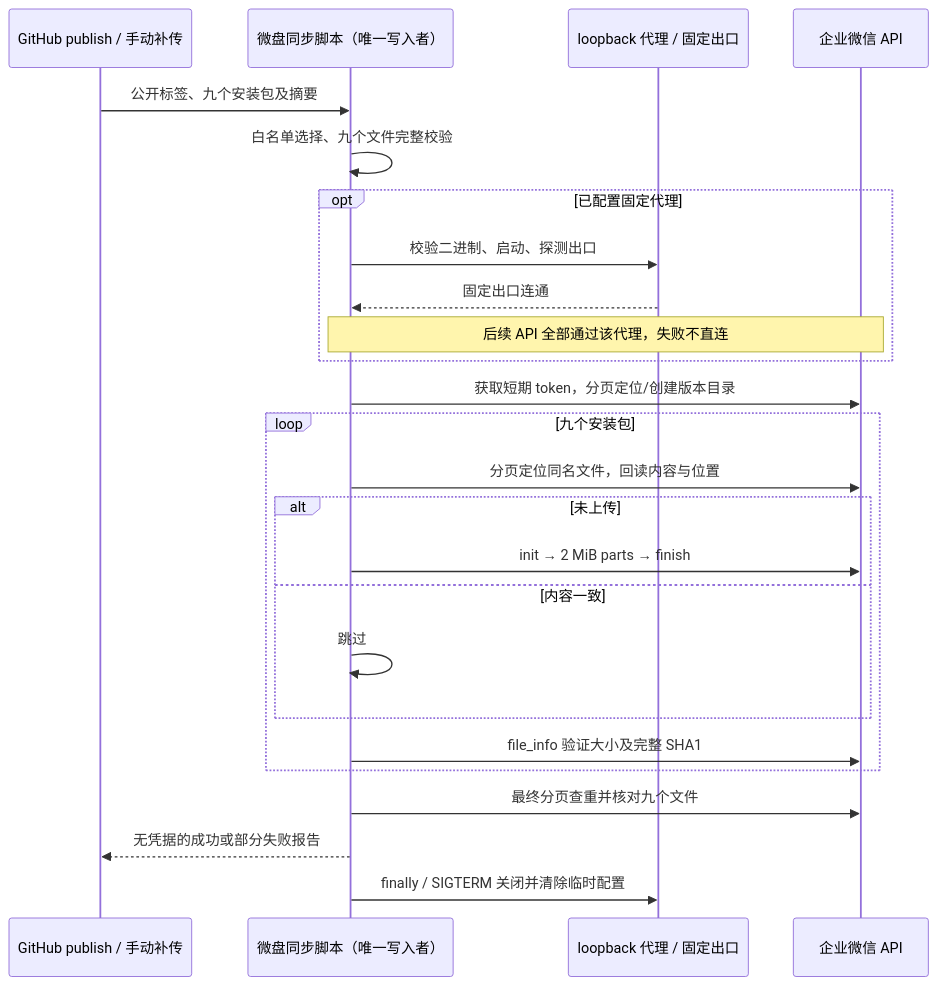
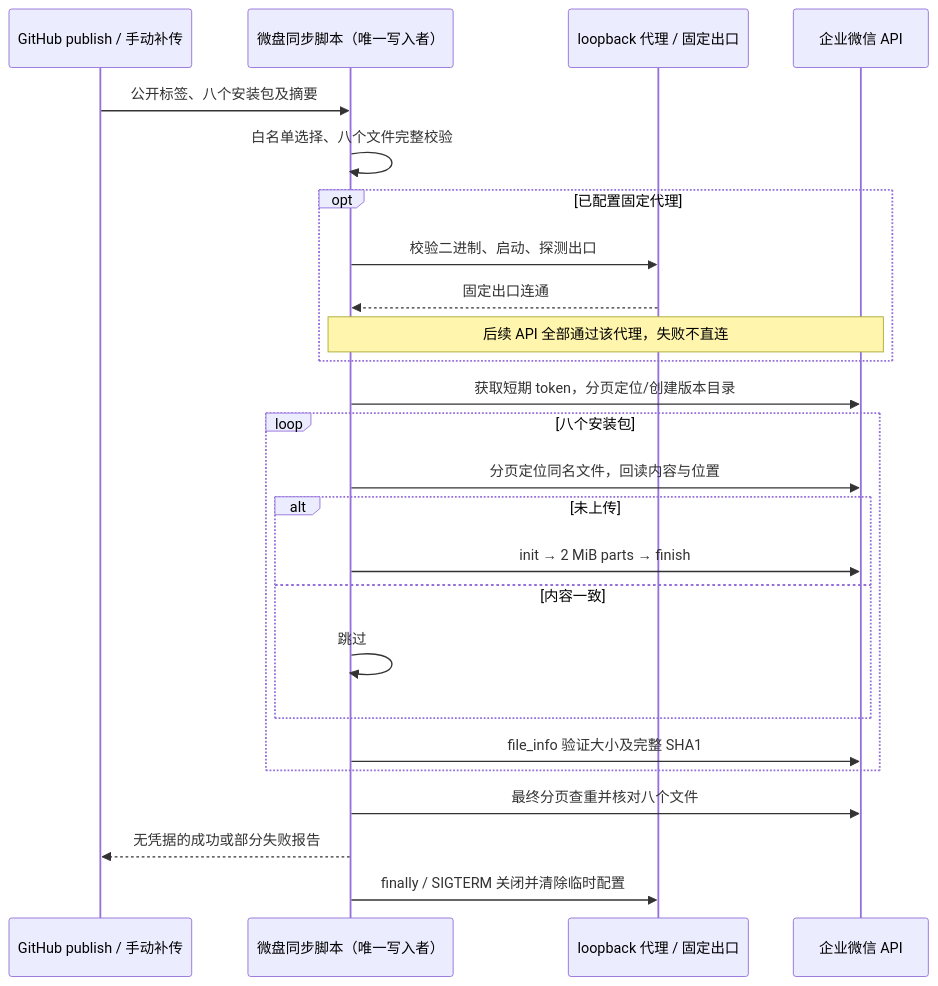
The diagram in specs/wecom-release-sync.md (Jas0nxlee/UWork_frontend), drawn with Mermaid before and after one commit. The commit also changed other lines of this file and 3 other files, not shown here.

````diff
--- a/specs/wecom-release-sync.md
+++ b/specs/wecom-release-sync.md
@@ -31,27 +32,27 @@
 ```mermaid
 sequenceDiagram
   participant GH as GitHub publish / 手动补传
   participant WF as 微盘同步脚本（唯一写入者）
   participant PX as loopback 代理 / 固定出口
   participant WX as 企业微信 API
-  GH->>WF: 公开标签、九个安装包及摘要
-  WF->>WF: 白名单选择、九个文件完整校验
+  GH->>WF: 公开标签、八个安装包及摘要
+  WF->>WF: 白名单选择、八个文件完整校验
   opt 已配置固定代理
     WF->>PX: 校验二进制、启动、探测出口
     PX-->>WF: 固定出口连通
     Note over WF,WX: 后续 API 全部通过该代理，失败不直连
   end
   WF->>WX: 获取短期 token，分页定位/创建版本目录
-  loop 九个安装包
+  loop 八个安装包
     WF->>WX: 分页定位同名文件，回读内容与位置
     alt 未上传
       WF->>WX: init → 2 MiB parts → finish
     else 内容一致
       WF->>WF: 跳过
     end
     WF->>WX: file_info 验证大小及完整 SHA1
   end
-  WF->>WX: 最终分页查重并核对九个文件
+  WF->>WX: 最终分页查重并核对八个文件
   WF-->>GH: 无凭据的成功或部分失败报告
   WF->>PX: finally / SIGTERM 关闭并清除临时配置
 ```
````
